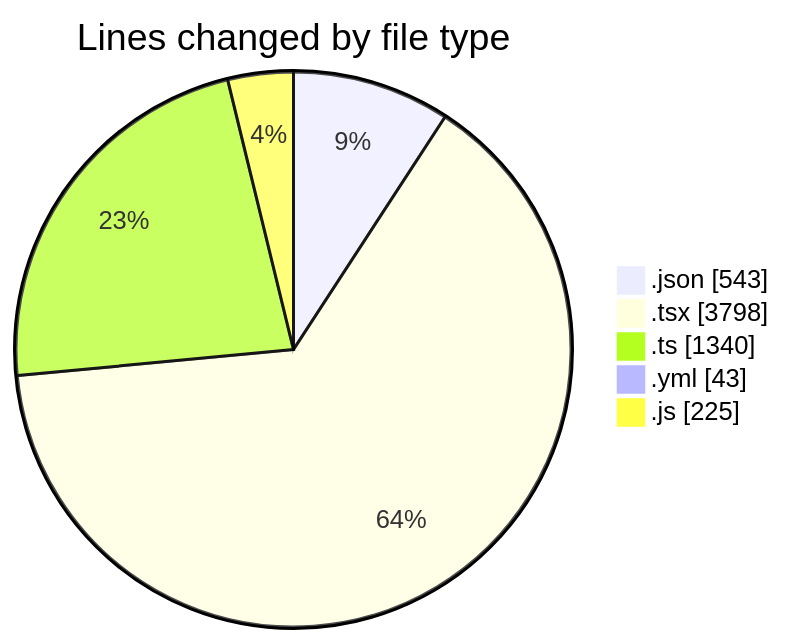
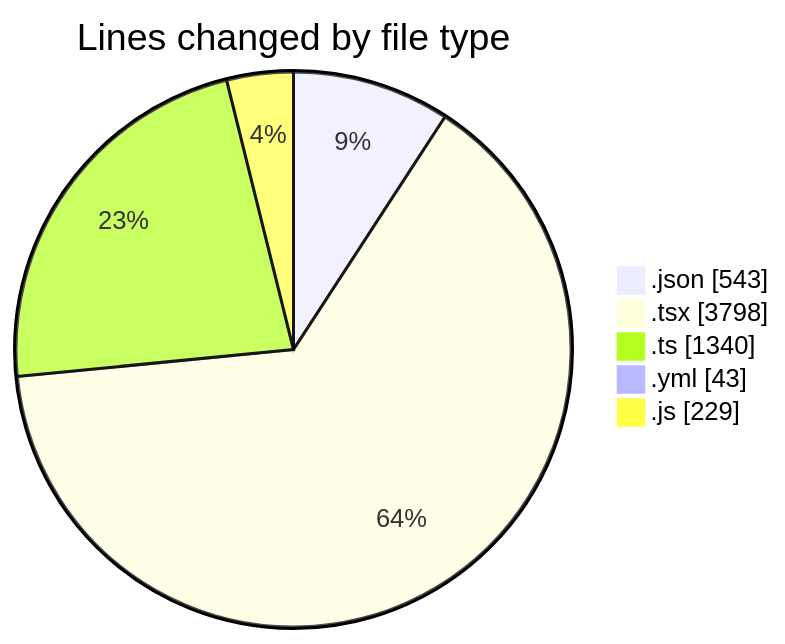
Before and after one commit to julien-gomy/code-tracking: the first of 2 diagrams in 2025-11-17/eventscop-frontend-guide__workspace_/README.md, drawn with Mermaid. The commit also changed other lines of this file and 1 other file, not shown here.

````diff
--- a/2025-11-17/eventscop-frontend-guide__workspace_/README.md
+++ b/2025-11-17/eventscop-frontend-guide__workspace_/README.md
@@ -50,9 +50,9 @@
 ```mermaid
 pie showData
 title Lines changed by file type
 ".json" : 543
 ".tsx" : 3798
 ".ts" : 1340
 ".yml" : 43
-".js" : 225
+".js" : 229
 ```
````
